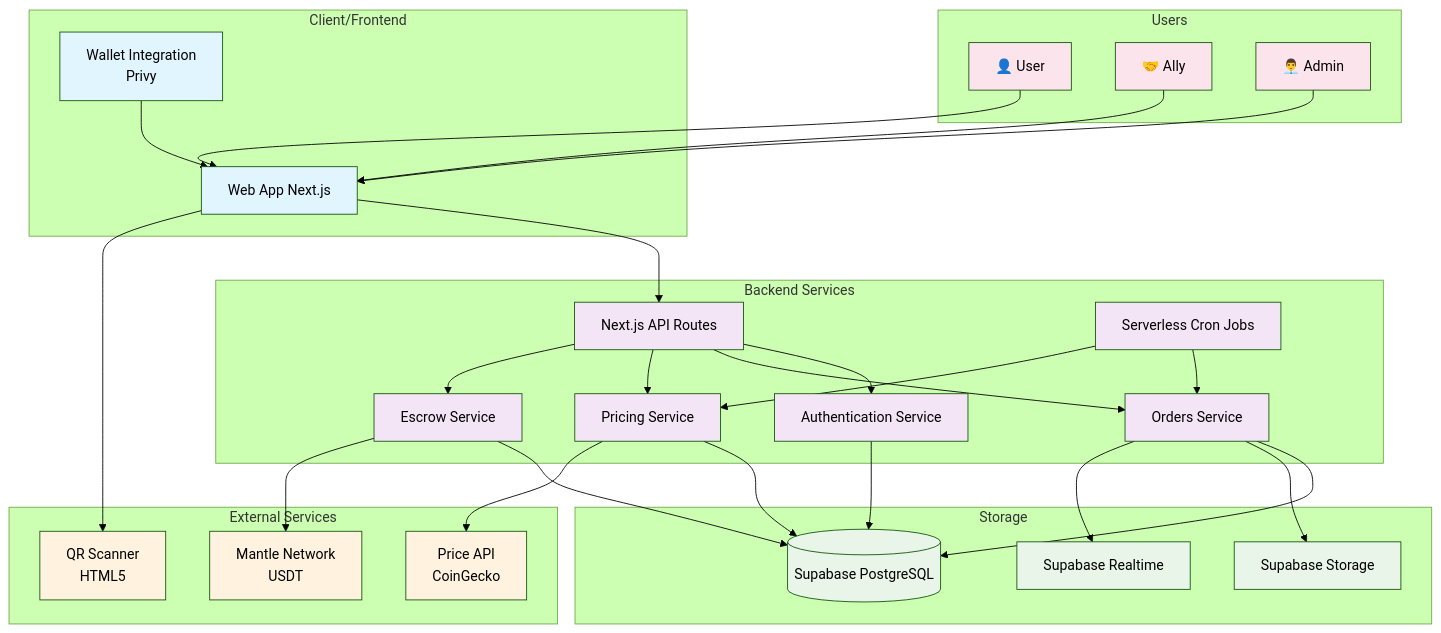
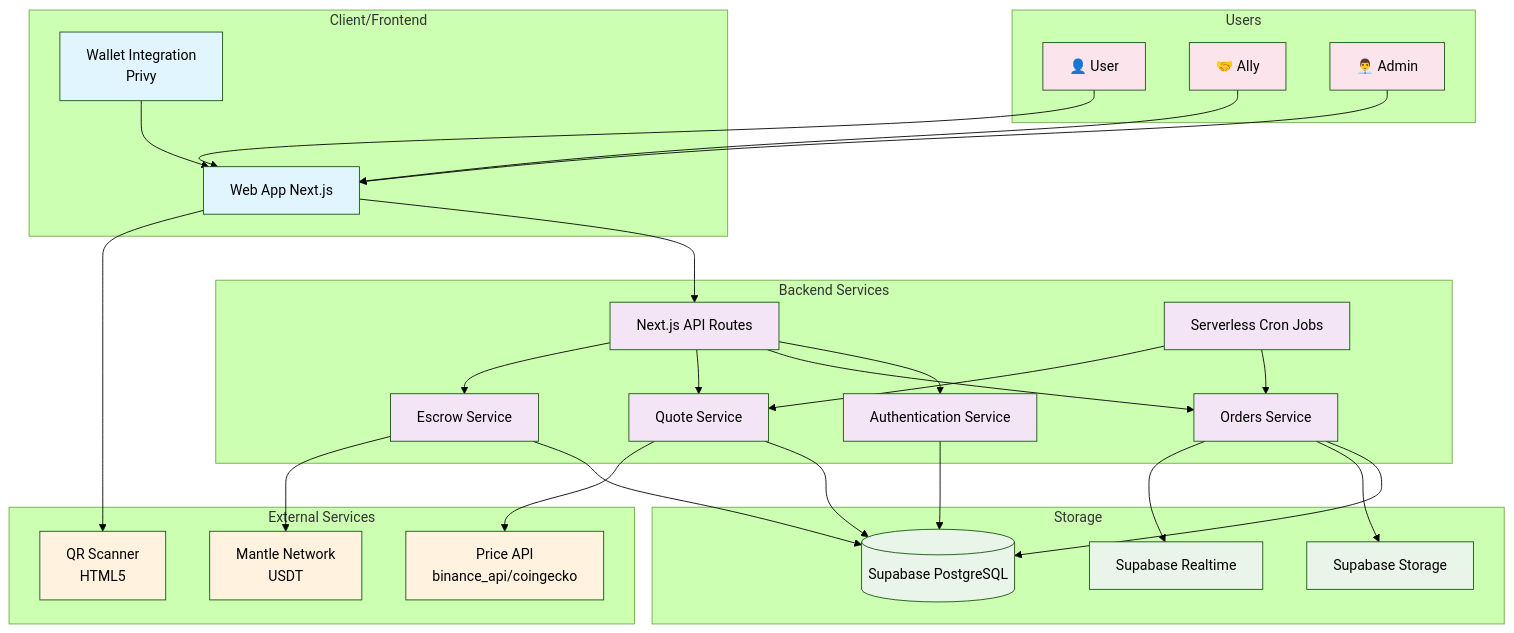
The first of 5 diagrams in 01-arquitectura-sistema.md (kibo-project/Kibo-Wiki), drawn with Mermaid (forest theme) before and after one commit. The commit also changed other lines of this file and 6 other files, not shown here.

````diff
--- a/01-arquitectura-sistema.md
+++ b/01-arquitectura-sistema.md
@@ -5,75 +5,75 @@
 ```mermaid
 graph TB
     subgraph "Client/Frontend"
         WEB[Web App Next.js]
         WALLET[Wallet Integration<br/>Privy]
     end
 
     subgraph "Backend Services"
         API[Next.js API Routes]
         AUTH[Authentication Service]
         ORDER[Orders Service]
-        PRICING[Pricing Service]
+        QUOTE[Quote Service]
         ESCROW[Escrow Service]
         CRON[Serverless Cron Jobs]
     end
 
     subgraph "Storage"
         DB[(Supabase PostgreSQL)]
         STORAGE[Supabase Storage]
         REALTIME[Supabase Realtime]
     end
 
     subgraph "External Services"
-        PRICE_API[Price API<br/>CoinGecko]
+        PRICE_API[Price API<br/>binance_api/coingecko]
         QR_SCAN[QR Scanner<br/>HTML5]
         BLOCKCHAIN[Mantle Network<br/>USDT]
     end
 
     subgraph "Users"
         USER[👤 User]
         ALLY[🤝 Ally]
         ADMIN[👨‍💼 Admin]
     end
 
     %% Main Connections
     USER --> WEB
     ALLY --> WEB
     ADMIN --> WEB
     
     WEB --> API
     WALLET --> WEB
     
     API --> AUTH
     API --> ORDER
-    API --> PRICING
+    API --> QUOTE
     API --> ESCROW
     
     CRON --> ORDER
-    CRON --> PRICING
+    CRON --> QUOTE
     
     ORDER --> DB
-    PRICING --> DB
+    QUOTE --> DB
     ESCROW --> DB
     AUTH --> DB
     
     ORDER --> STORAGE
     ORDER --> REALTIME
     
-    PRICING --> PRICE_API
+    QUOTE --> PRICE_API
     WEB --> QR_SCAN
     ESCROW --> BLOCKCHAIN
     
     %% Styles
     classDef frontend fill:#e1f5fe
     classDef backend fill:#f3e5f5
     classDef storage fill:#e8f5e8
     classDef external fill:#fff3e0
     classDef users fill:#fce4ec
     
     class WEB,WALLET frontend
-    class API,AUTH,ORDER,PRICING,ESCROW,CRON backend
+    class API,AUTH,ORDER,QUOTE,ESCROW,CRON backend
     class DB,STORAGE,REALTIME storage
     class PRICE_API,QR_SCAN,BLOCKCHAIN external
     class USER,ALLY,ADMIN users
 ```
````
